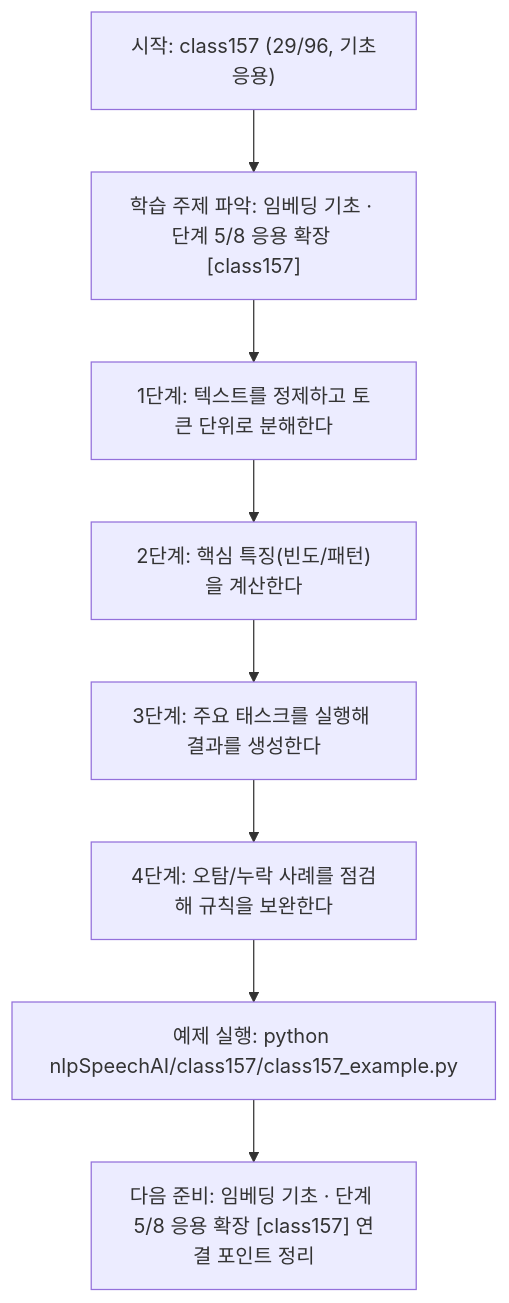
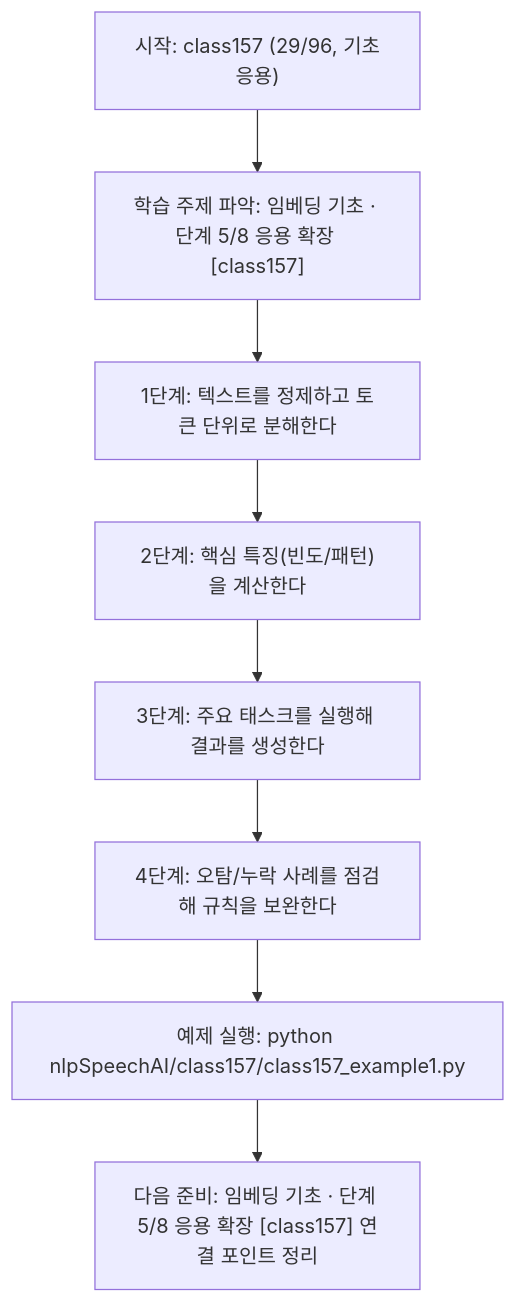
The diagram in nlpSpeechAI/class157/class157.md (edumgt/Python-AI_Agent-Class), drawn with Mermaid before and after one commit. The commit also changed other lines of this file and 2959 other files, not shown here.

````diff
--- a/nlpSpeechAI/class157/class157.md
+++ b/nlpSpeechAI/class157/class157.md
@@ -113,18 +113,18 @@
 ```mermaid
 flowchart TD
 N1["시작: class157 (29/96, 기초응용)"]
 N2["학습 주제 파악: 임베딩 기초 · 단계 5/8 응용 확장 [class157]"]
 N3["1단계: 텍스트를 정제하고 토큰 단위로 분해한다"]
 N4["2단계: 핵심 특징(빈도/패턴)을 계산한다"]
 N5["3단계: 주요 태스크를 실행해 결과를 생성한다"]
 N6["4단계: 오탐/누락 사례를 점검해 규칙을 보완한다"]
-N7["예제 실행: python nlpSpeechAI/class157/class157_example.py"]
+N7["예제 실행: python nlpSpeechAI/class157/class157_example1.py"]
 N8["다음 준비: 임베딩 기초 · 단계 5/8 응용 확장 [class157] 연결 포인트 정리"]
 N1 --> N2
 N2 --> N3
 N3 --> N4
 N4 --> N5
 N5 --> N6
 N6 --> N7
 N7 --> N8
 ```
````
